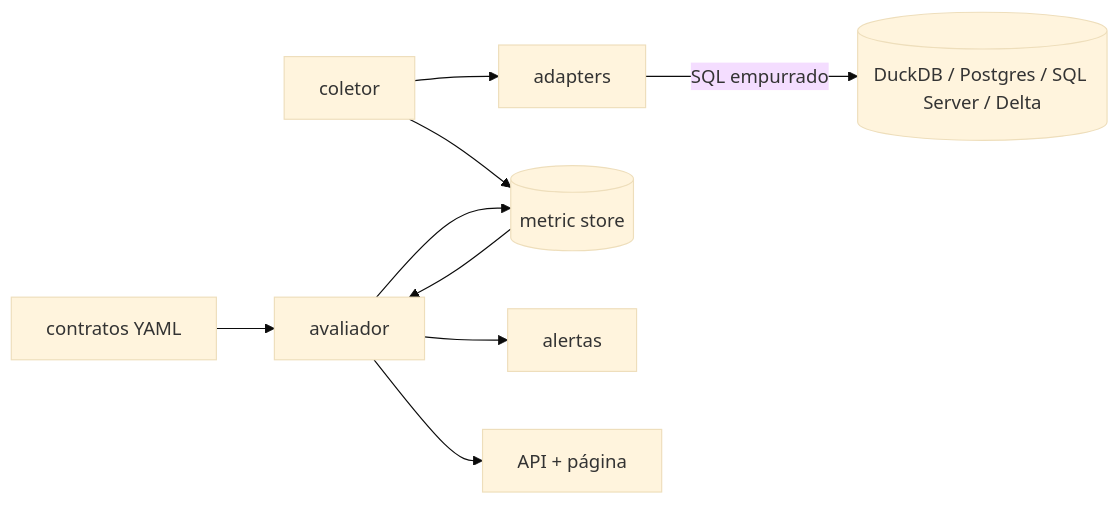
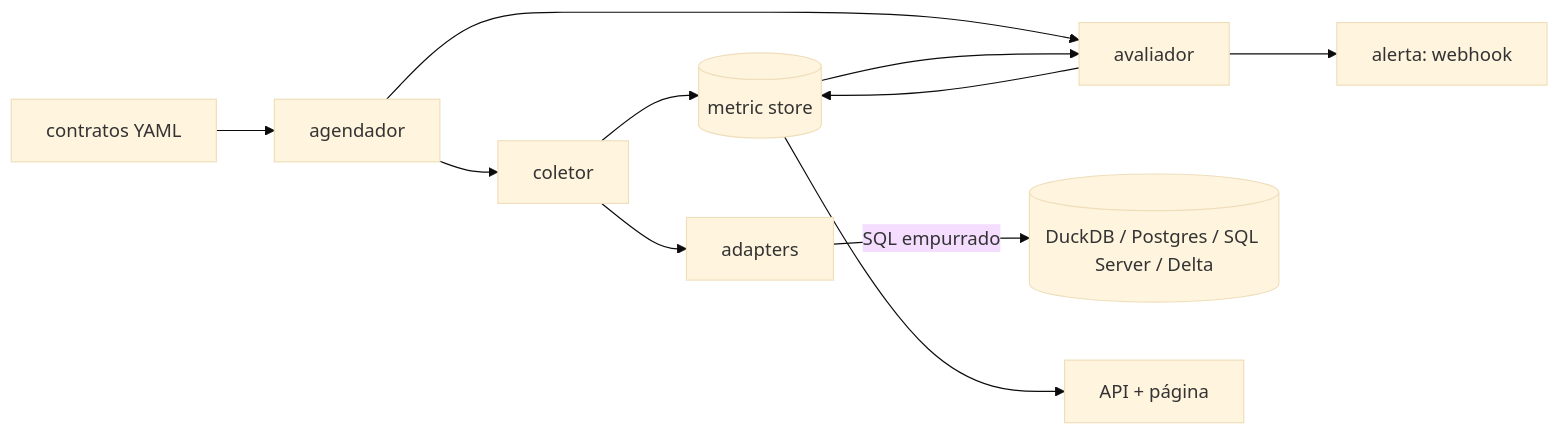
Before and after one commit to Mikhael-Groschitz/data-observability-multi-backend: the diagram in README.md, drawn with Mermaid (base theme). The commit also changed other lines of this file and 21 other files, not shown here.

````diff
--- a/README.md
+++ b/README.md
@@ -28,11 +28,13 @@
 ```mermaid
 flowchart LR
-    C[contratos YAML] --> AV[avaliador]
-    COL[coletor] --> AD[adapters]
+    C[contratos YAML] --> AG[agendador]
+    AG --> COL[coletor]
+    AG --> AV[avaliador]
+    COL --> AD[adapters]
     AD -->|SQL empurrado| DB[("DuckDB / Postgres / SQL Server / Delta")]
     COL --> MS[(metric store)]
     MS --> AV
     AV --> MS
-    AV --> ALT[alertas]
-    AV --> API[API + página]
+    AV --> ALT[alerta: webhook]
+    MS --> API[API + página]
 ```
````
